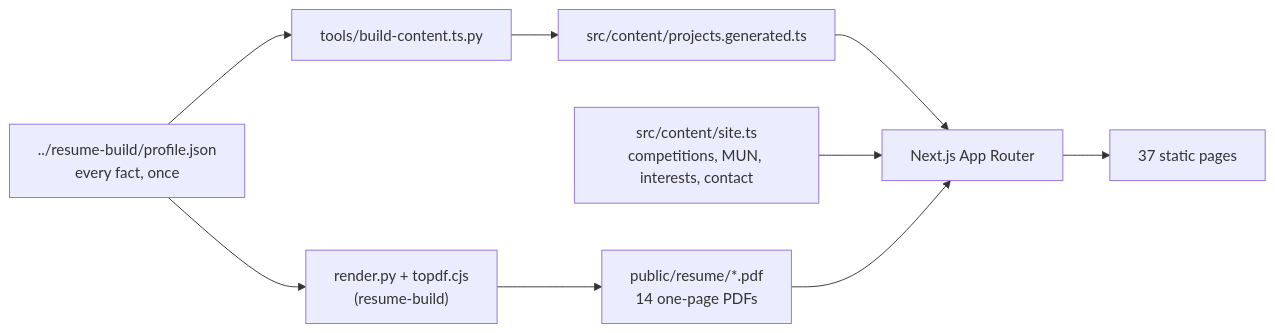
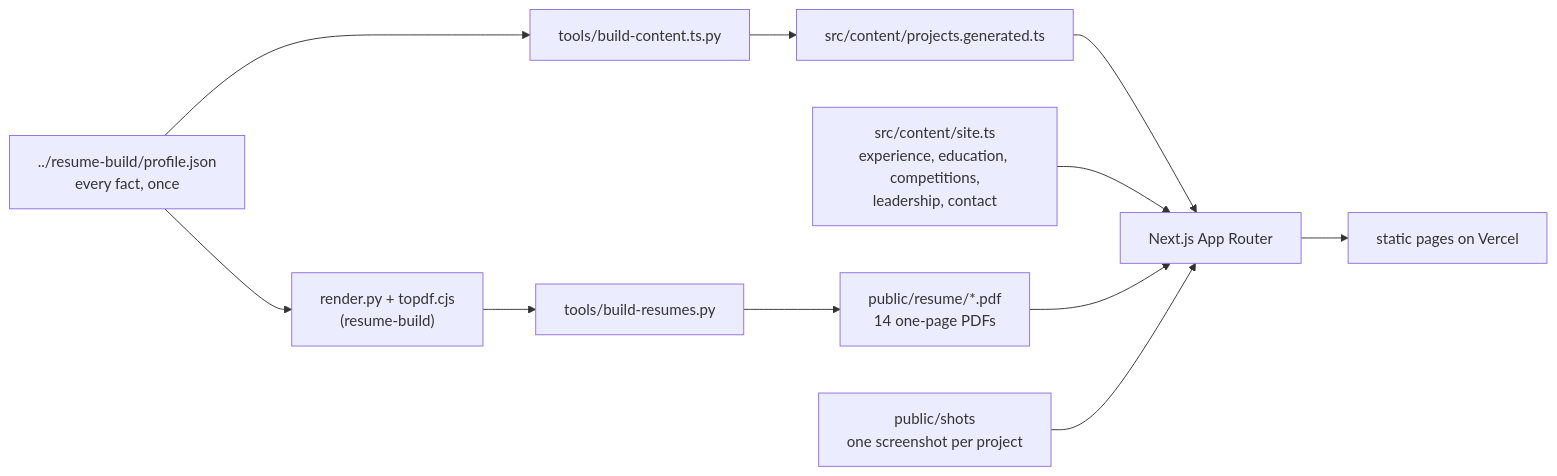
One commit to adarshcod30/portfolio changed the first of 2 diagrams in README.md. Above: the diagram before and after it, drawn with Mermaid. The commit also changed other lines of this file, not shown here.

Commit message:
Bring the README up to date with the site as it is now

````diff
--- a/README.md
+++ b/README.md
@@ -42,13 +53,16 @@
 ```mermaid
 flowchart LR
     P["../resume-build/profile.json<br/>every fact, once"]
     P --> G["tools/build-content.ts.py"]
     P --> R["render.py + topdf.cjs<br/>(resume-build)"]
     G --> C["src/content/projects.generated.ts"]
-    R --> PDF["public/resume/*.pdf<br/>14 one-page PDFs"]
-    H["src/content/site.ts<br/>competitions, MUN, interests, contact"]
+    R --> BR["tools/build-resumes.py"]
+    BR --> PDF["public/resume/*.pdf<br/>14 one-page PDFs"]
+    H["src/content/site.ts<br/>experience, education, competitions,<br/>leadership, contact"]
+    SH["public/shots<br/>one screenshot per project"]
     C --> N["Next.js App Router"]
     H --> N
     PDF --> N
-    N --> S["37 static pages"]
+    SH --> N
+    N --> S["static pages on Vercel"]
 ```
````
